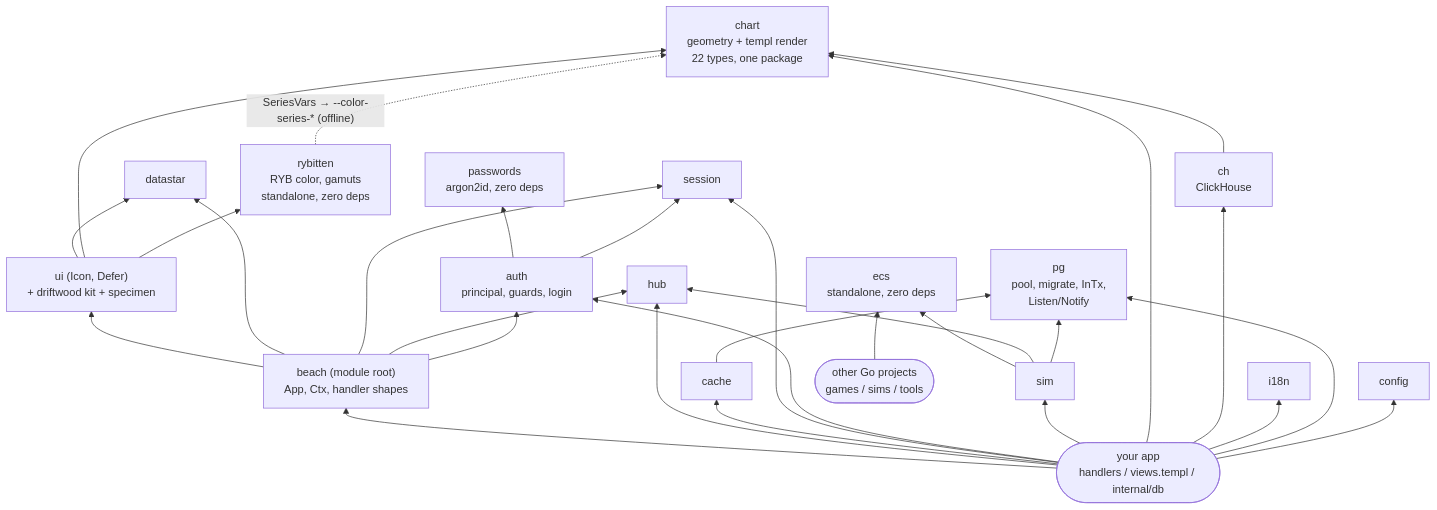
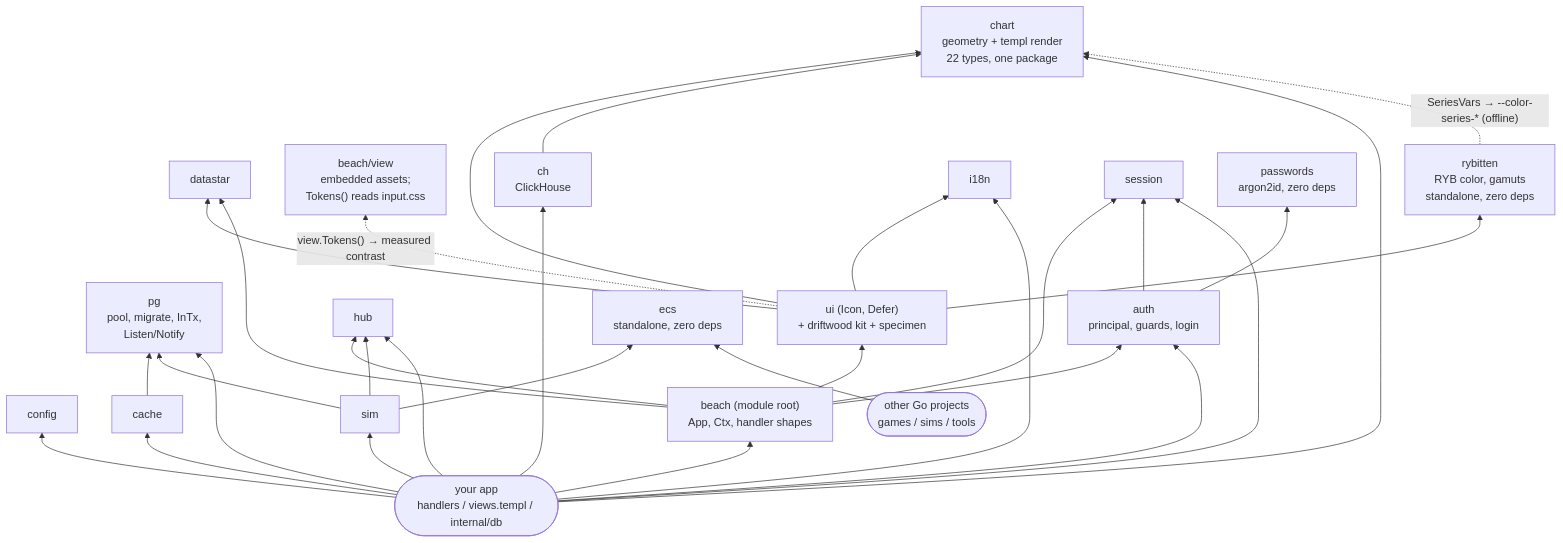
Before and after one commit to ThirdCoastInteractive/Beach: the second of 2 diagrams in docs/README.md, drawn with Mermaid. The commit also changed other lines of this file and 90 other files, not shown here.

````diff
--- a/docs/README.md
+++ b/docs/README.md
@@ -52,50 +52,53 @@
 ```mermaid
 flowchart BT
     config["config"]
     pg["pg<br/>pool, migrate, InTx,<br/>Listen/Notify"]
     datastar["datastar"]
     ui["ui (Icon, Defer)<br/>+ driftwood kit + specimen"]
+    view["beach/view<br/>embedded assets;<br/>Tokens() reads input.css"]
     chart["chart<br/>geometry + templ render<br/>22 types, one package"]
     rybitten["rybitten<br/>RYB color, gamuts<br/>standalone, zero deps"]
     ch["ch<br/>ClickHouse"]
     i18n["i18n"]
     beach["beach (module root)<br/>App, Ctx, handler shapes"]
     hub["hub"]
     cache["cache"]
     session["session"]
     passwords["passwords<br/>argon2id, zero deps"]
     auth["auth<br/>principal, guards, login"]
     ecs["ecs<br/>standalone, zero deps"]
     sim["sim"]
     app(["your app<br/>handlers / views.templ / internal/db"])
     other(["other Go projects<br/>games / sims / tools"])
 
     ui --> datastar
     ui --> chart
     ui --> rybitten
+    ui --> i18n
+    ui -. "view.Tokens() → measured contrast" .-> view
     ch --> chart
     beach --> ui
     beach --> datastar
     beach --> session
     beach --> hub
     beach --> auth
     auth --> passwords
     auth --> session
     cache --> pg
     sim --> ecs
     sim --> hub
     sim --> pg
     app --> beach
     app --> hub
     app --> cache
     app --> session
     app --> auth
     app --> sim
     app --> chart
     app --> ch
     app --> i18n
     app --> pg
     app --> config
     other --> ecs
     rybitten -. "SeriesVars → --color-series-* (offline)" .-> chart
 ```
````
